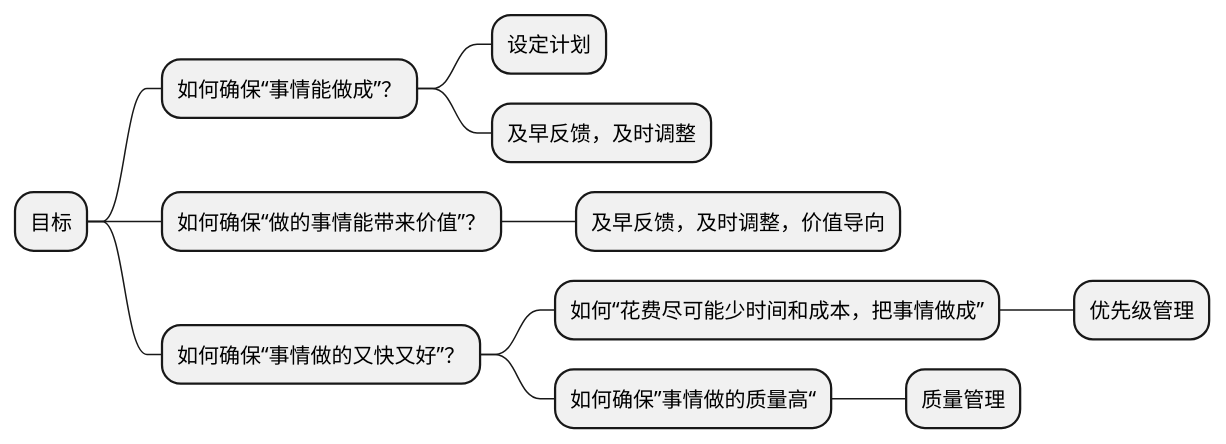
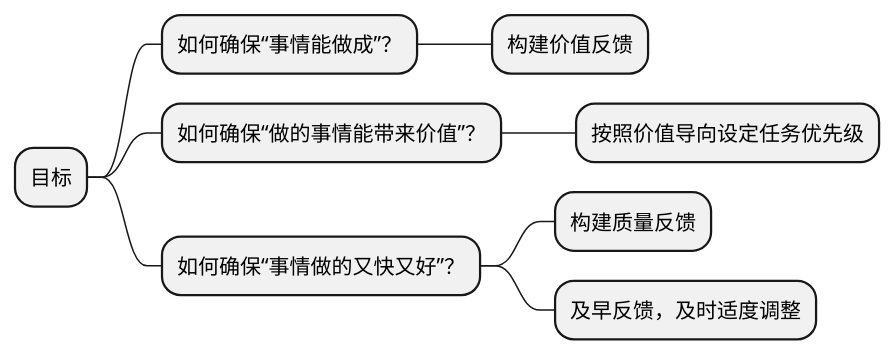
One commit to lem-org/lem-org.github.io changed the fifth of 11 diagrams in content/insights/what_is_agile/index.zh-cn.raw.md. Above: the diagram before and after it, drawn with PlantUML. The commit also changed other lines of this file and 9 other files, not shown here.

````diff
--- a/content/insights/what_is_agile/index.zh-cn.raw.md
+++ b/content/insights/what_is_agile/index.zh-cn.raw.md
@@ -193,15 +197,12 @@
 ```plantuml
 @startmindmap
 * 目标
     * 如何确保“事情能做成”？
-        * 设定计划
-        * 及早反馈，及时调整
+        * 构建价值反馈
     * 如何确保“做的事情能带来价值”？
-        * 及早反馈，及时调整，价值导向
+        * 按照价值导向设定任务优先级
     * 如何确保“事情做的又快又好”？
-        * 如何“花费尽可能少时间和成本，把事情做成”
-            * 优先级管理
-        * 如何确保”事情做的质量高“
-            * 质量管理
+        * 构建质量反馈
+        * 及早反馈，及时适度调整
 @endmindmap
 ```
````
